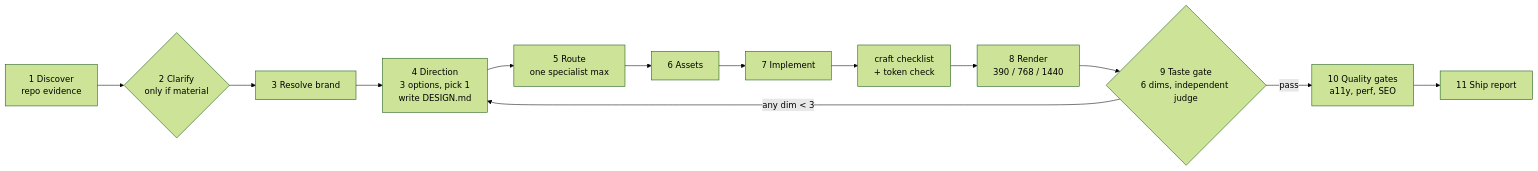
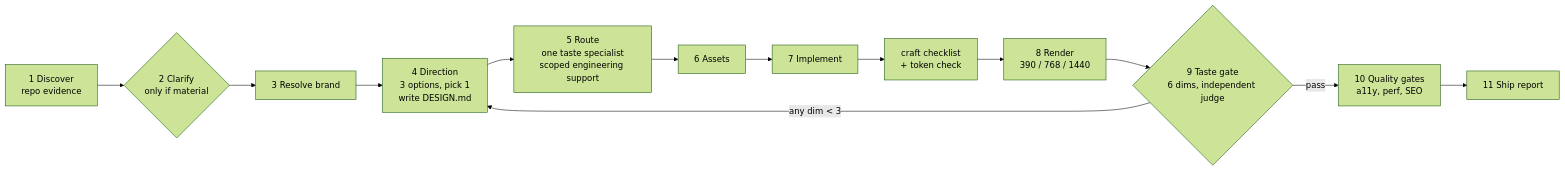
The diagram in README.md (naufalrandi/creative-frontend-director), drawn with Mermaid (forest theme) before and after one commit. The commit also changed other lines of this file and 31 other files, not shown here.

````diff
--- a/README.md
+++ b/README.md
@@ -91,15 +91,15 @@
 ```mermaid
 flowchart LR
     A[1 Discover<br/>repo evidence] --> B{2 Clarify<br/>only if material}
     B --> C[3 Resolve brand]
     C --> D[4 Direction<br/>3 options, pick 1<br/>write DESIGN.md]
-    D --> E[5 Route<br/>one specialist max]
+    D --> E[5 Route<br/>one taste specialist<br/>scoped engineering support]
     E --> F[6 Assets]
     F --> G[7 Implement]
     G --> G2[craft checklist<br/>+ token check]
     G2 --> H[8 Render<br/>390 / 768 / 1440]
     H --> I{9 Taste gate<br/>6 dims, independent judge}
     I -- any dim < 3 --> D
     I -- pass --> J[10 Quality gates<br/>a11y, perf, SEO]
     J --> K[11 Ship report]
 ```
````
